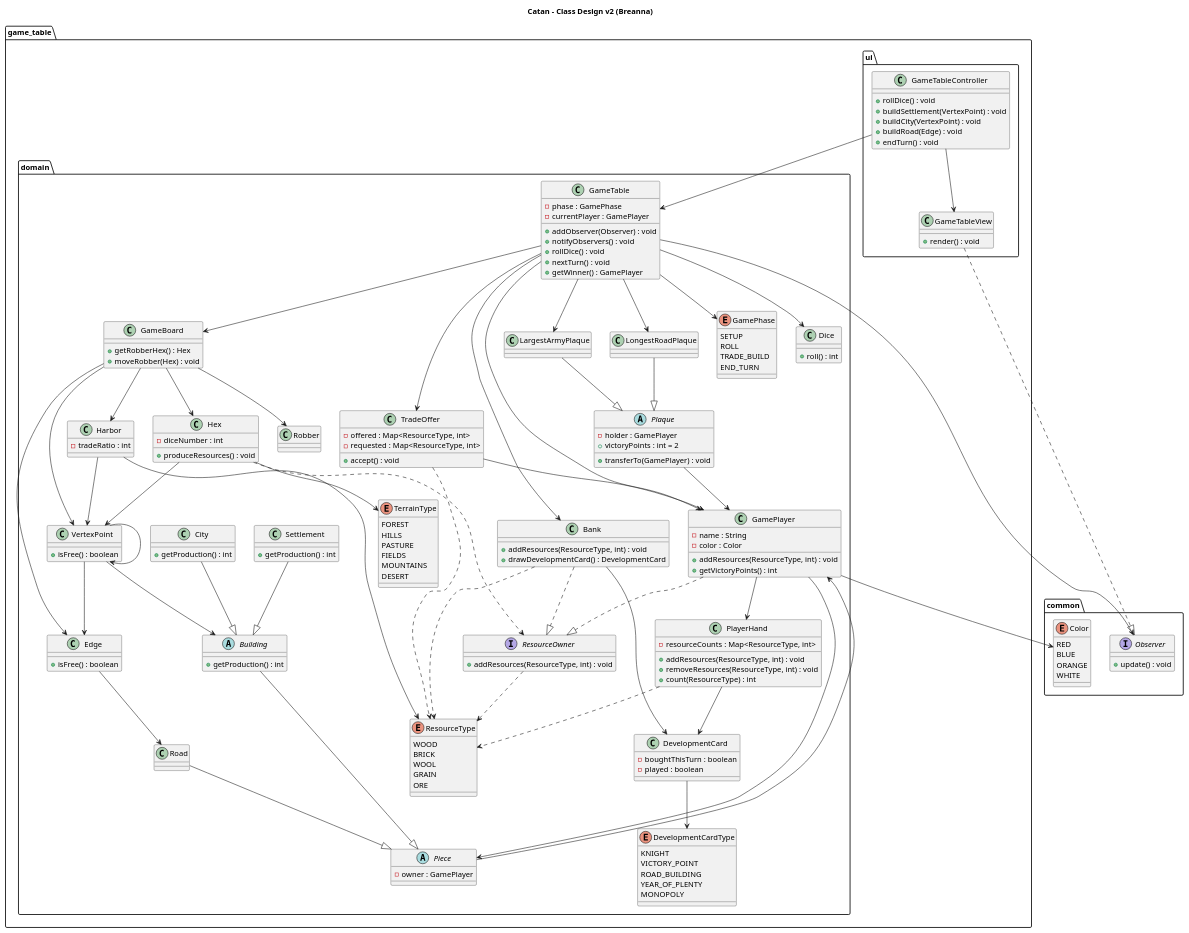
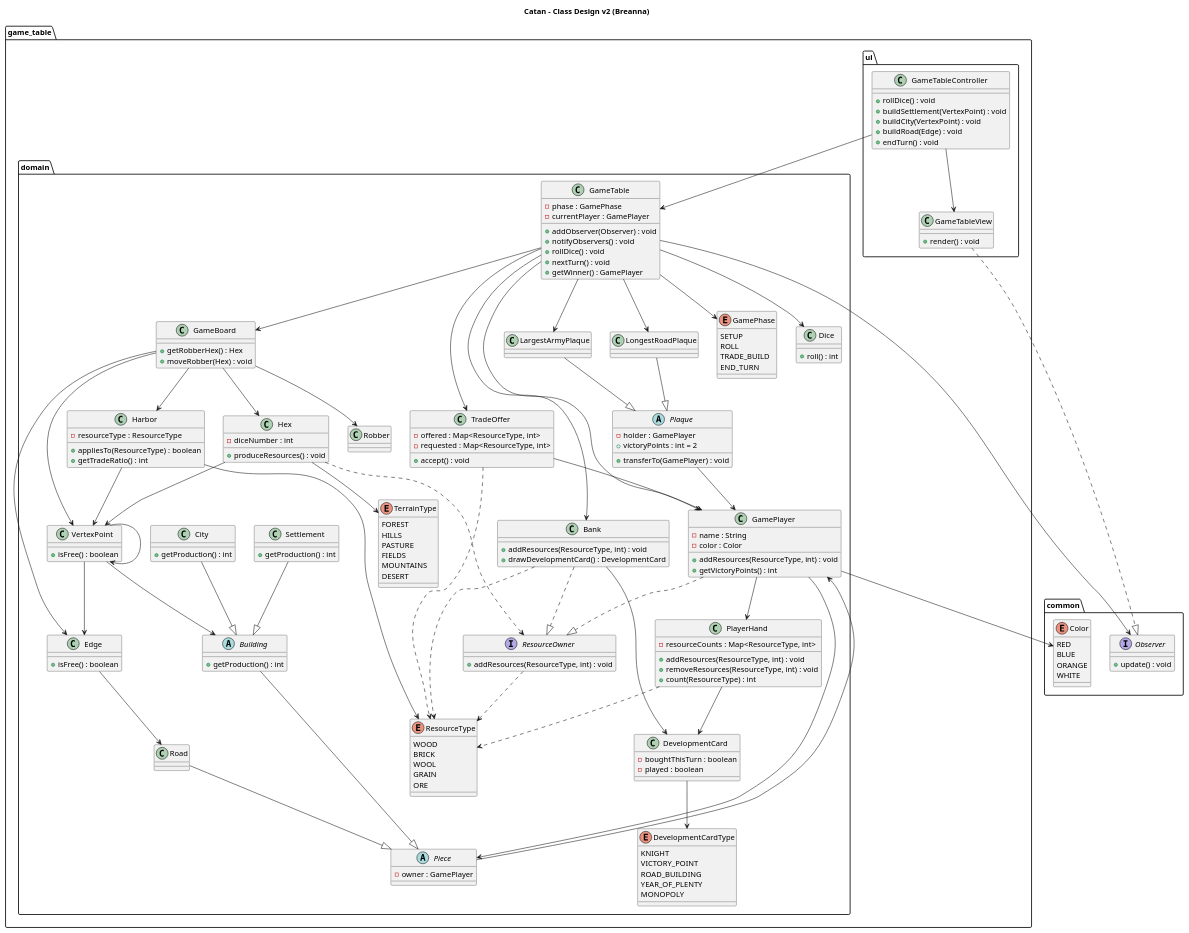
The diagram in docs/design/game_table_breanna.puml (nu-cs-sqe/cs380-software-quality-engineering-20262701-course-project-group-5), drawn with PlantUML before and after one commit.

Commit message:
added resource type considerations to Harbor class

```diff
--- a/docs/design/game_table_breanna.puml
+++ b/docs/design/game_table_breanna.puml
@@ -147,7 +147,9 @@
     }
 
     class Harbor {
-        -tradeRatio : int
+        -resourceType : ResourceType
+        +appliesTo(ResourceType) : boolean
+        +getTradeRatio() : int
     }
 
     class Robber {
```
